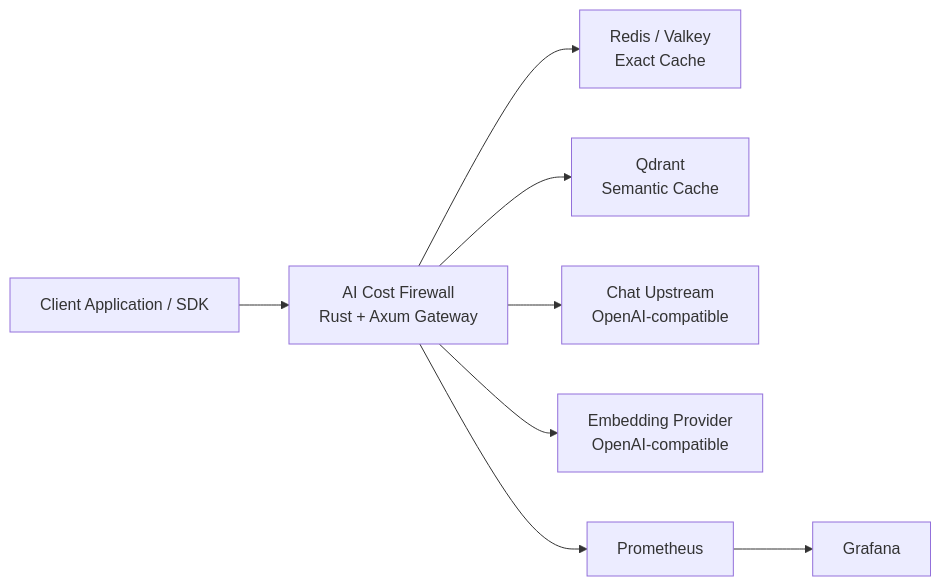
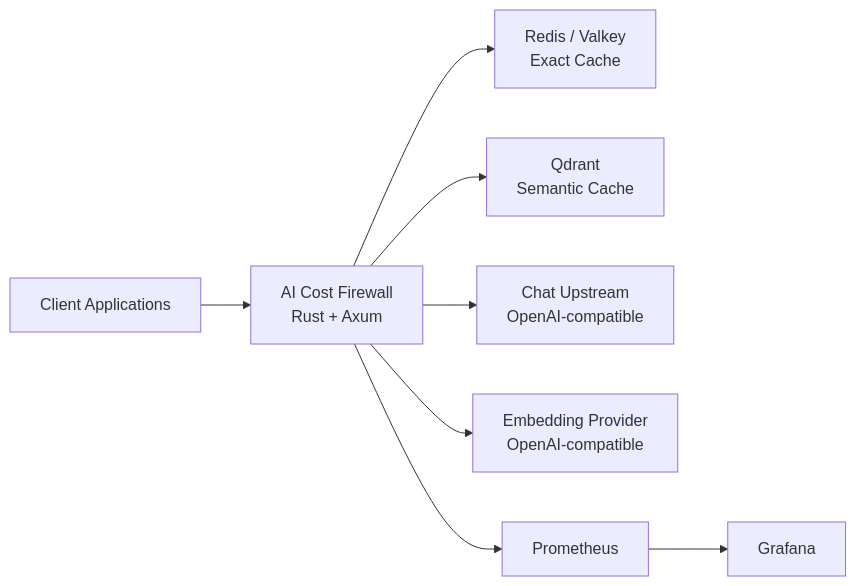
One commit to vcal-project/ai-firewall changed the first of 5 diagrams in docs/architecture.md. Above: the diagram before and after it, drawn with Mermaid. The commit also changed other lines of this file and 28 other files, not shown here.

````diff
--- a/docs/architecture.md
+++ b/docs/architecture.md
@@ -13,25 +74,30 @@
 ```mermaid
 flowchart LR
-    Client[Client Application / SDK]
 
-    Firewall[AI Cost Firewall<br/>Rust + Axum Gateway]
+    Client[Client Applications]
+
+    Firewall[AI Cost Firewall<br/>Rust + Axum]
 
     Redis[Redis / Valkey<br/>Exact Cache]
+
     Qdrant[Qdrant<br/>Semantic Cache]
 
     Upstream[Chat Upstream<br/>OpenAI-compatible]
+
     Embedding[Embedding Provider<br/>OpenAI-compatible]
 
     Prom[Prometheus]
+
     Graf[Grafana]
 
     Client --> Firewall
 
     Firewall --> Redis
     Firewall --> Qdrant
+
     Firewall --> Upstream
     Firewall --> Embedding
 
     Firewall --> Prom
     Prom --> Graf
 ```
````
